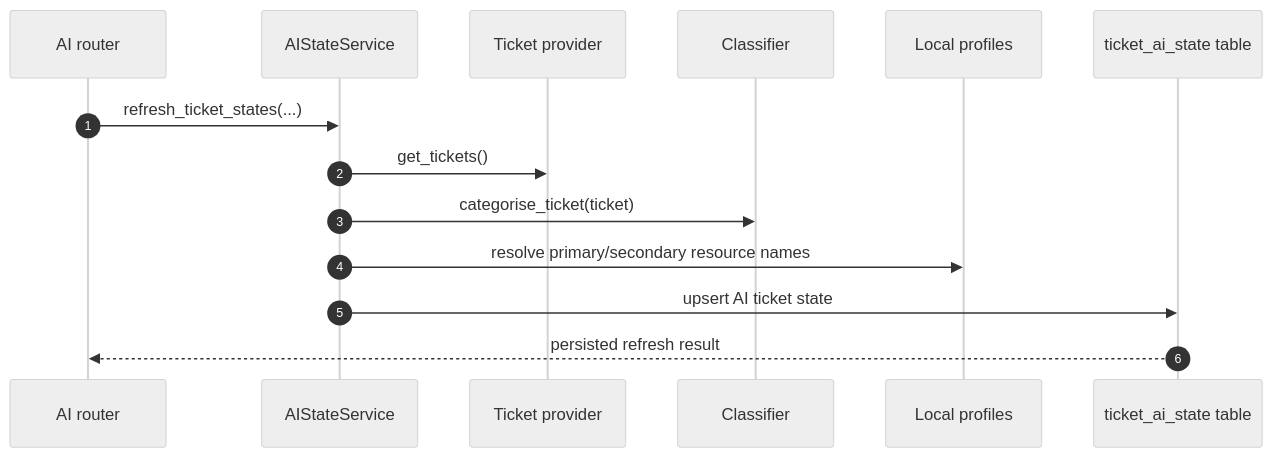
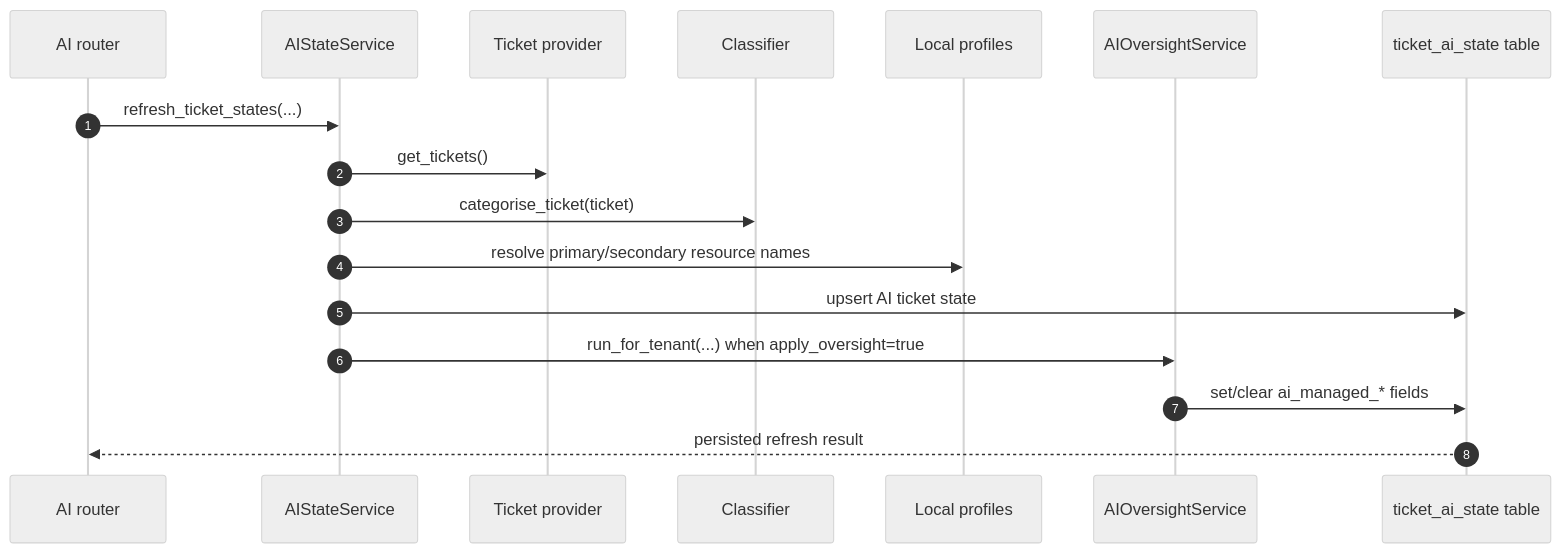
Before and after one commit to Plymouth-University/comp2003-2025-2026-team-3: the second of 12 diagrams in docs/services/ai-service/flows.md, drawn with Mermaid (neutral theme). The commit also changed other lines of this file and 30 other files, not shown here.

````diff
--- a/docs/services/ai-service/flows.md
+++ b/docs/services/ai-service/flows.md
@@ -65,17 +67,20 @@
 ```mermaid
 sequenceDiagram
   autonumber
   participant API as AI router
   participant Service as AIStateService
   participant Provider as Ticket provider
   participant AI as Classifier
   participant Profiles as Local profiles
+  participant Oversight as AIOversightService
   participant DB as ticket_ai_state table
 
   API->>Service: refresh_ticket_states(...)
   Service->>Provider: get_tickets()
   Service->>AI: categorise_ticket(ticket)
   Service->>Profiles: resolve primary/secondary resource names
   Service->>DB: upsert AI ticket state
+  Service->>Oversight: run_for_tenant(...) when apply_oversight=true
+  Oversight->>DB: set/clear ai_managed_* fields
   DB-->>API: persisted refresh result
 ```
````
